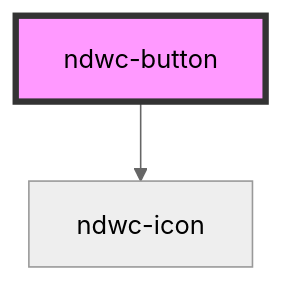
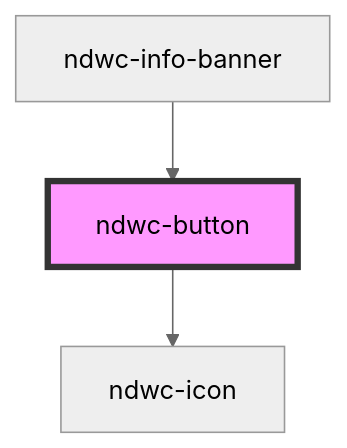
The diagram in src/components/button/readme.md (wes337/ndw-components), drawn with Mermaid (neutral theme) before and after one commit. The commit also changed other lines of this file and 21 other files, not shown here.

Commit message:
info banner, round button

````diff
--- a/src/components/button/readme.md
+++ b/src/components/button/readme.md
@@ -25,5 +29,6 @@
 ```mermaid
 graph TD;
   ndwc-button --> ndwc-icon
+  ndwc-info-banner --> ndwc-button
   style ndwc-button fill:#f9f,stroke:#333,stroke-width:4px
 ```
````
